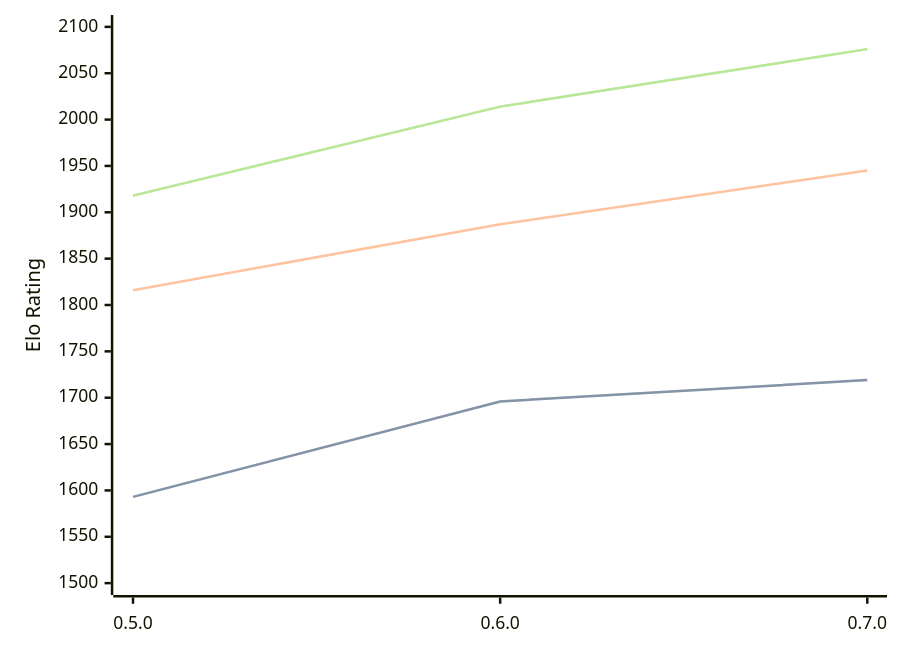
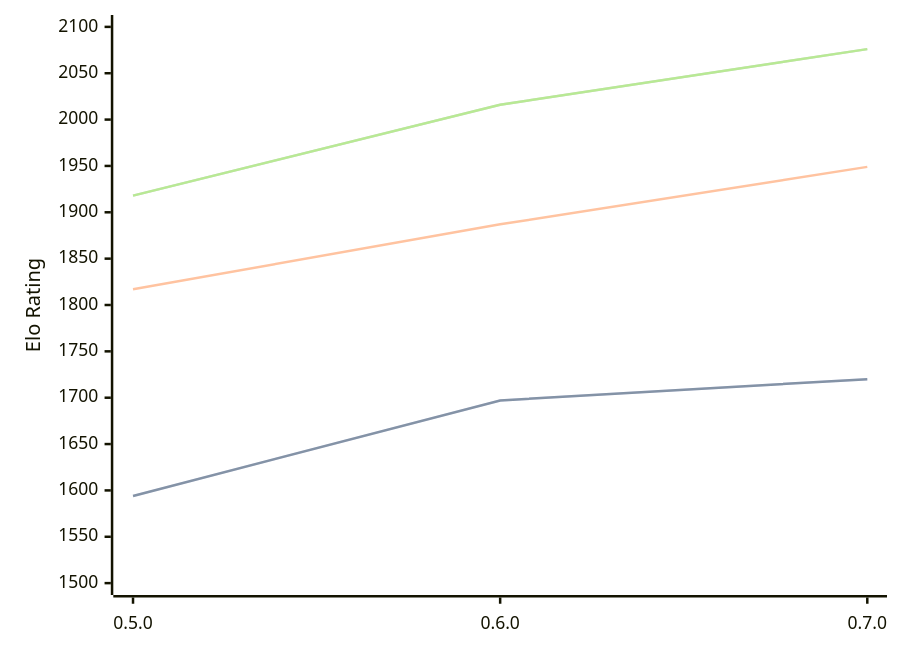
Before and after one commit to computer-chess-index/cci: the diagram in engines/Chess-rs.md, drawn with Mermaid. The commit also changed other lines of this file, not shown here.

Commit message:
Update CCI Ratings (ELO VLTC) - 2026-05-01

````diff
--- a/engines/Chess-rs.md
+++ b/engines/Chess-rs.md
@@ -41,11 +41,11 @@
 ```mermaid
 %%{init: {"theme":"base","themeVariables":{"seriesColors:['#a3a3a3','#222221','#faa371']}}}%%
 xychart-beta
   x-axis ["0.5.0", "0.6.0", "0.7.0"]
   y-axis "Elo Rating" 1500 --> 2100
-  line "STC (8.0+0.08s)" [1593, 1696, 1719]
-  line "STC (8.0+0.08s)" [1593, 1696, 1719]
-  line "LTC (60.0+0.60s)" [1816, 1887, 1945]
-  line "VLTC (2m24s+1.12s)" [1918, 2014, 2076]
-  line "VLTC (2m24s+1.12s)" [1918, 2014, 2076]
+  line "STC (8.0+0.08s)" [1594, 1697, 1720]
+  line "STC (8.0+0.08s)" [1594, 1697, 1720]
+  line "LTC (60.0+0.60s)" [1817, 1887, 1949]
+  line "VLTC (2m24s+1.12s)" [1918, 2016, 2076]
+  line "VLTC (2m24s+1.12s)" [1918, 2016, 2076]
 ```
````
